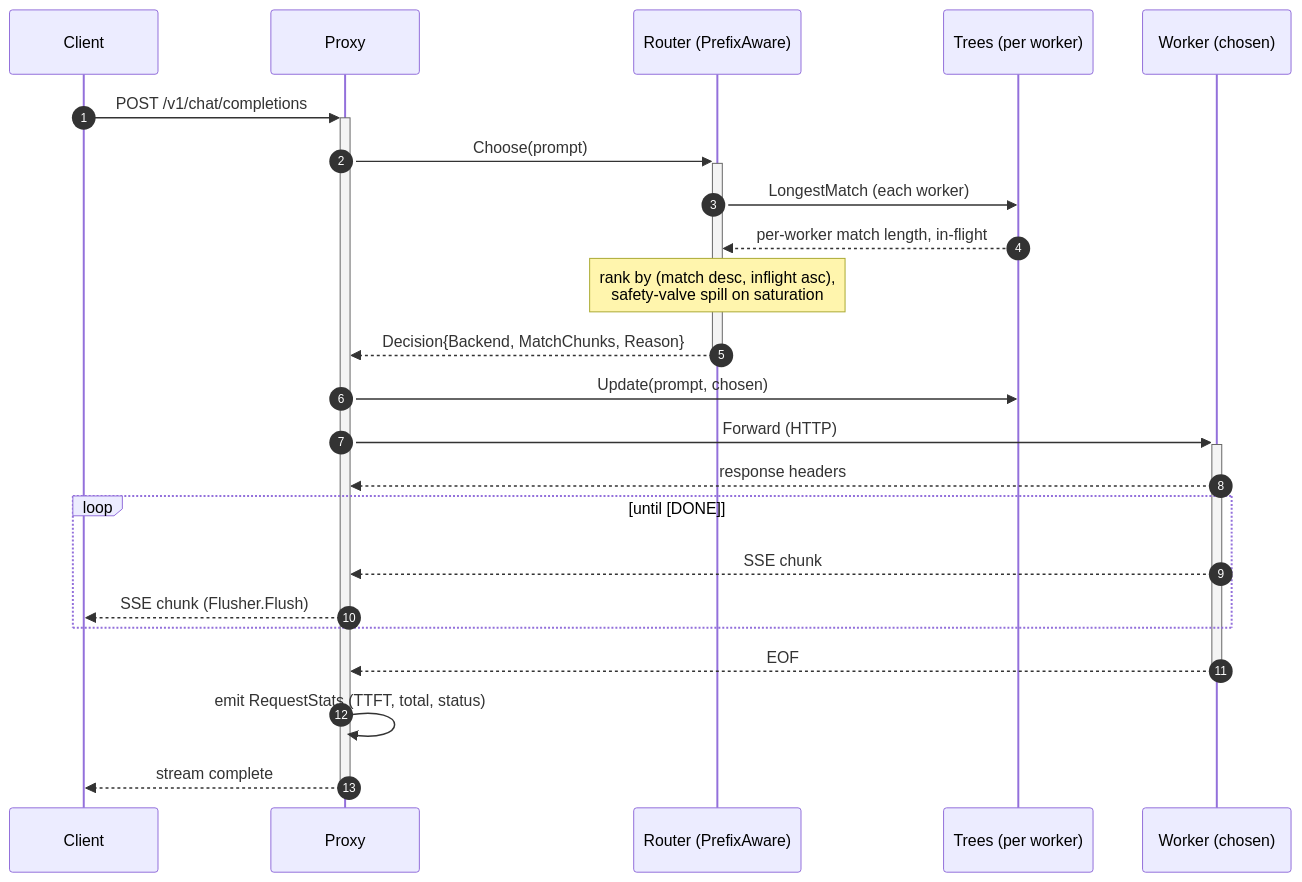
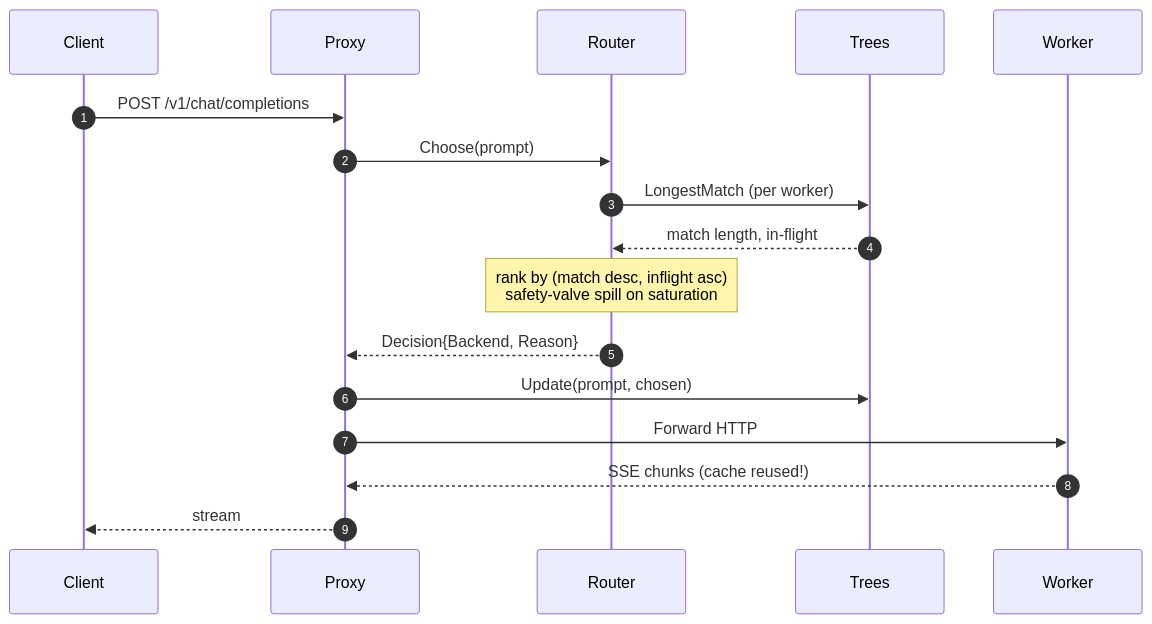
The second of 2 diagrams in README.md (zxuhan/llm-router), drawn with Mermaid before and after one commit. The commit also changed other lines of this file and 1 other file, not shown here.

````diff
--- a/README.md
+++ b/README.md
@@ -114,26 +133,20 @@
 ```mermaid
 sequenceDiagram
     autonumber
     participant C as Client
     participant P as Proxy
-    participant R as Router (PrefixAware)
-    participant T as Trees (per worker)
-    participant W as Worker (chosen)
+    participant R as Router
+    participant T as Trees
+    participant W as Worker
 
-    C->>+P: POST /v1/chat/completions
-    P->>+R: Choose(prompt)
-    R->>T: LongestMatch (each worker)
-    T-->>R: per-worker match length, in-flight
-    Note over R: rank by (match desc, inflight asc),<br/>safety-valve spill on saturation
-    R-->>-P: Decision{Backend, MatchChunks, Reason}
+    C->>P: POST /v1/chat/completions
+    P->>R: Choose(prompt)
+    R->>T: LongestMatch (per worker)
+    T-->>R: match length, in-flight
+    Note over R: rank by (match desc, inflight asc)<br/>safety-valve spill on saturation
+    R-->>P: Decision{Backend, Reason}
     P->>T: Update(prompt, chosen)
-    P->>+W: Forward (HTTP)
-    W-->>P: response headers
-    loop until [DONE]
-        W-->>P: SSE chunk
-        P-->>C: SSE chunk (Flusher.Flush)
-    end
-    W-->>-P: EOF
-    P->>P: emit RequestStats (TTFT, total, status)
-    P-->>-C: stream complete
+    P->>W: Forward HTTP
+    W-->>P: SSE chunks (cache reused!)
+    P-->>C: stream
 ```
````
